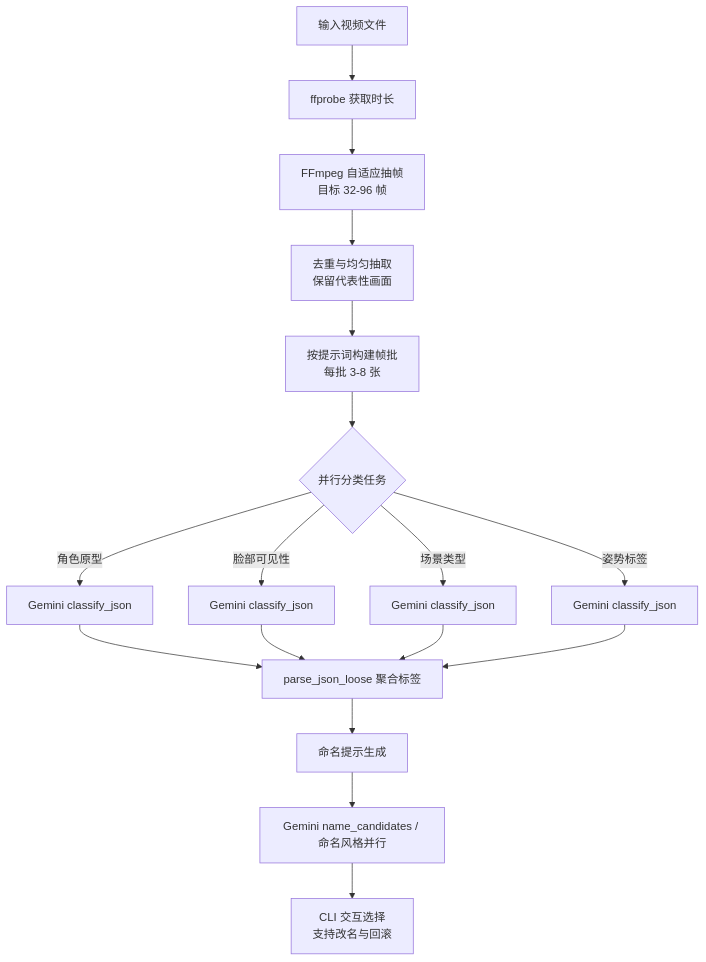
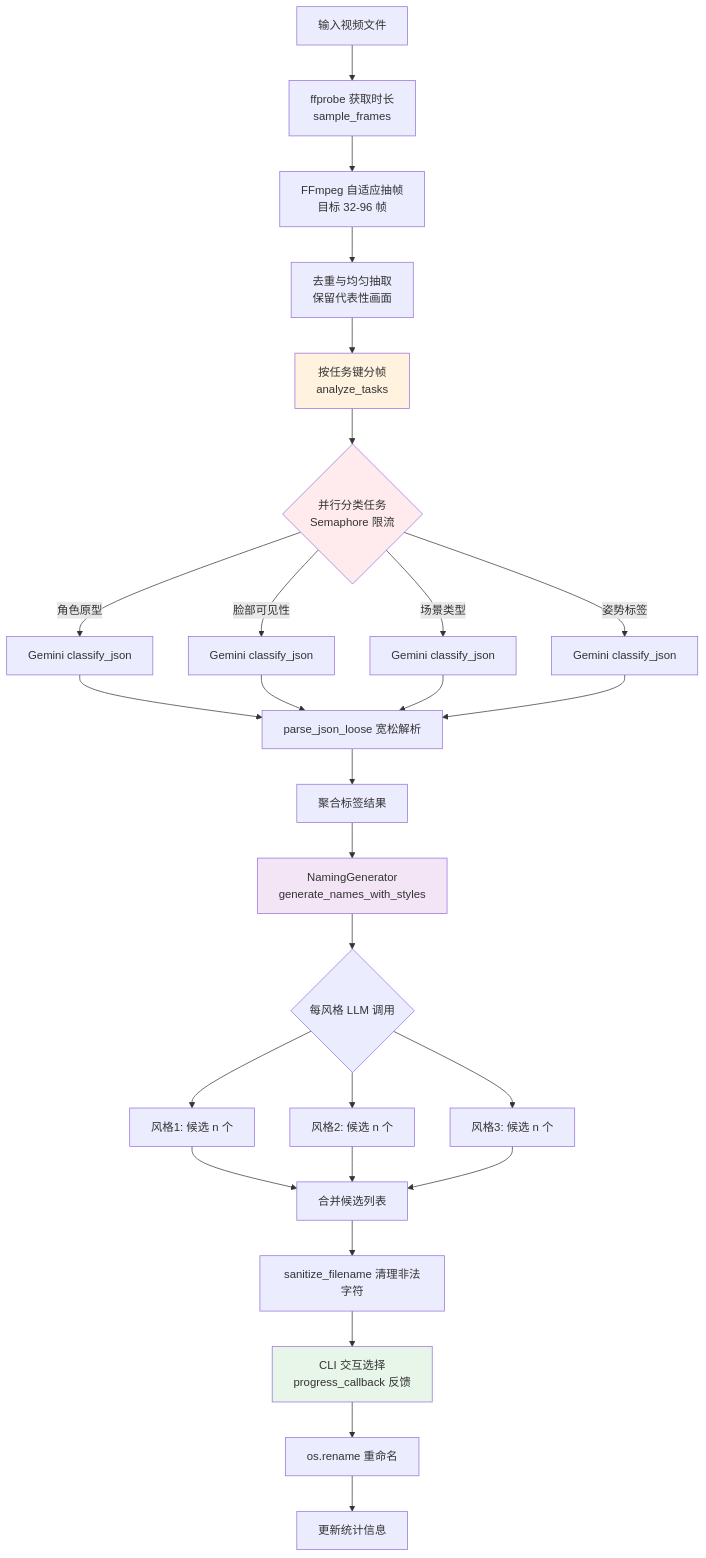
The second of 3 diagrams in README.md (zhu-jl18/gemini-porn-renamer), drawn with Mermaid before and after one commit. The commit also changed other lines of this file and 8 other files, not shown here.

````diff
--- a/README.md
+++ b/README.md
@@ -41,19 +81,34 @@
 ```mermaid
 flowchart TD
-    A[输入视频文件] --> B[ffprobe 获取时长]
-    B --> C[FFmpeg 自适应抽帧\n目标 32-96 帧]
-    C --> D[去重与均匀抽取\n保留代表性画面]
-    D --> E[按提示词构建帧批\n每批 3-8 张]
-    E --> F{并行分类任务}
+    A[输入视频文件] --> B[ffprobe 获取时长<br/>sample_frames]
+    B --> C[FFmpeg 自适应抽帧<br/>目标 32-96 帧]
+    C --> D[去重与均匀抽取<br/>保留代表性画面]
+    D --> E[按任务键分帧<br/>analyze_tasks]
+    E --> F{并行分类任务<br/>Semaphore 限流}
     F -->|角色原型| G1[Gemini classify_json]
     F -->|脸部可见性| G2[Gemini classify_json]
     F -->|场景类型| G3[Gemini classify_json]
     F -->|姿势标签| G4[Gemini classify_json]
-    G1 --> H[parse_json_loose 聚合标签]
+    G1 --> H[parse_json_loose 宽松解析]
     G2 --> H
     G3 --> H
     G4 --> H
-    H --> I[命名提示生成]
-    I --> J[Gemini name_candidates / 命名风格并行]
-    J --> K[CLI 交互选择\n支持改名与回滚]
+    H --> I[聚合标签结果]
+    I --> J[NamingGenerator<br/>generate_names_with_styles]
+    J --> K{每风格 LLM 调用}
+    K --> L1[风格1: 候选 n 个]
+    K --> L2[风格2: 候选 n 个]
+    K --> L3[风格3: 候选 n 个]
+    L1 --> M[合并候选列表]
+    L2 --> M
+    L3 --> M
+    M --> N[sanitize_filename 清理非法字符]
+    N --> O[CLI 交互选择<br/>progress_callback 反馈]
+    O --> P[os.rename 重命名]
+    P --> Q[更新统计信息]
+
+    style E fill:#fff3e0
+    style F fill:#ffebee
+    style J fill:#f3e5f5
+    style O fill:#e8f5e9
 ```
````
